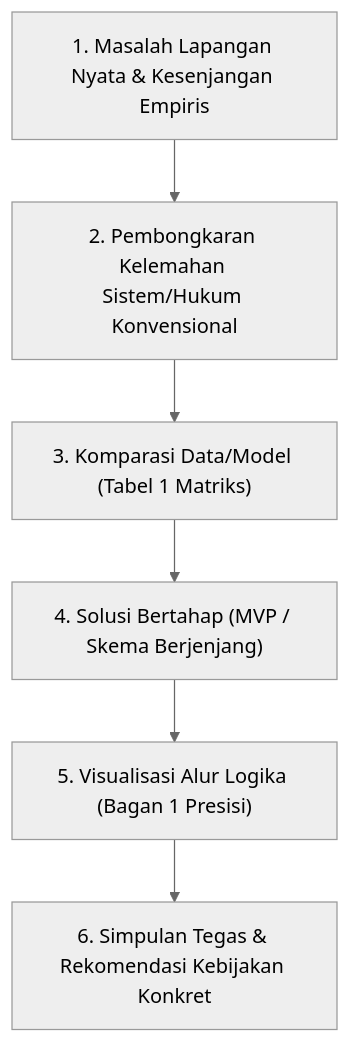
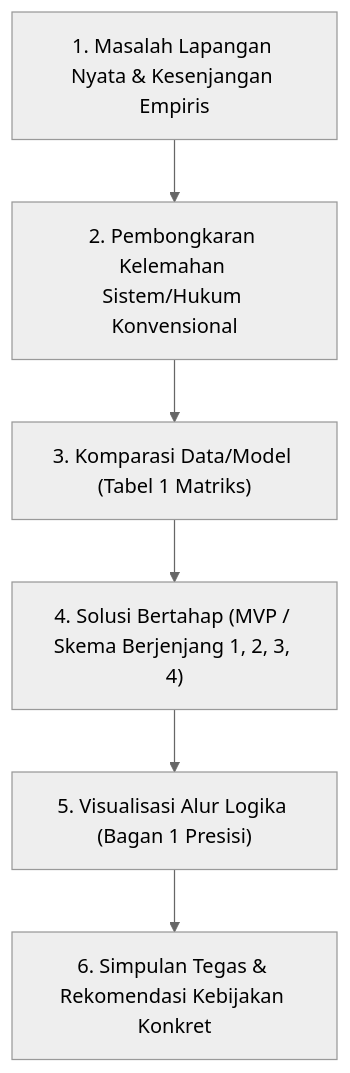
Before and after one commit to ilhampradani8-bot/jcfad-journal: the diagram in DNA_WRITING_STYLE_ILHAM_PRADANI.md, drawn with Mermaid (neutral theme). The commit also changed other lines of this file and 2 other files, not shown here.

````diff
--- a/DNA_WRITING_STYLE_ILHAM_PRADANI.md
+++ b/DNA_WRITING_STYLE_ILHAM_PRADANI.md
@@ -67,8 +85,8 @@
 ```mermaid
 graph TD
     A["1. Masalah Lapangan Nyata & Kesenjangan Empiris"] --> B["2. Pembongkaran Kelemahan Sistem/Hukum Konvensional"]
     B --> C["3. Komparasi Data/Model (Tabel 1 Matriks)"]
-    C --> D["4. Solusi Bertahap (MVP / Skema Berjenjang)"]
+    C --> D["4. Solusi Bertahap (MVP / Skema Berjenjang 1, 2, 3, 4)"]
     D --> E["5. Visualisasi Alur Logika (Bagan 1 Presisi)"]
     E --> F["6. Simpulan Tegas & Rekomendasi Kebijakan Konkret"]
 ```
````
